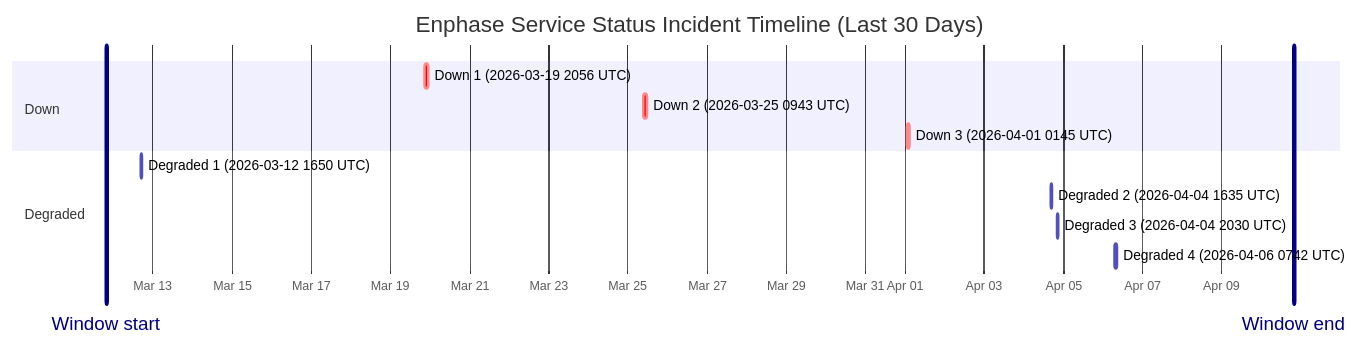
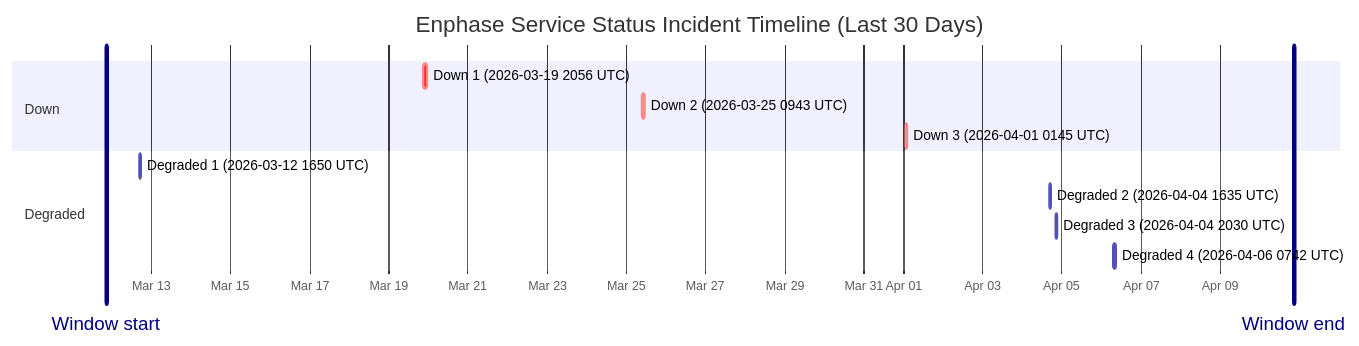
Before and after one commit to barneyonline/ha-enphase-ev-charger: the diagram in wiki/Service-Status-History.md, drawn with Mermaid. The commit also changed other lines of this file and 3 other files, not shown here.

````diff
--- a/wiki/Service-Status-History.md
+++ b/wiki/Service-Status-History.md
@@ -14,17 +14,17 @@
 ```mermaid
 gantt
     title Enphase Service Status Incident Timeline (Last 30 Days)
     dateFormat  YYYY-MM-DDTHH:mm:ss
     axisFormat  %b %d
-    Window start :vert, window-start, 2026-03-11T19:42:57, 0ms
-    Window end :vert, window-end, 2026-04-10T19:42:57, 0ms
+    Window start :vert, window-start, 2026-03-11T20:35:27, 0ms
+    Window end :vert, window-end, 2026-04-10T20:35:27, 0ms
     section Down
     Down 1 (2026-03-19 2056 UTC) :crit, down-1, 2026-03-19T20:56:20, 145m
     Down 2 (2026-03-25 0943 UTC) :crit, down-2, 2026-03-25T09:43:28, 111m
     Down 3 (2026-04-01 0145 UTC) :crit, down-3, 2026-04-01T01:45:09, 60m
     section Degraded
     Degraded 1 (2026-03-12 1650 UTC) :active, degraded-1, 2026-03-12T16:50:43, 60m
     Degraded 2 (2026-04-04 1635 UTC) :active, degraded-2, 2026-04-04T16:35:17, 60m
     Degraded 3 (2026-04-04 2030 UTC) :active, degraded-3, 2026-04-04T20:30:40, 60m
     Degraded 4 (2026-04-06 0742 UTC) :active, degraded-4, 2026-04-06T07:42:09, 85m
 ```
````
